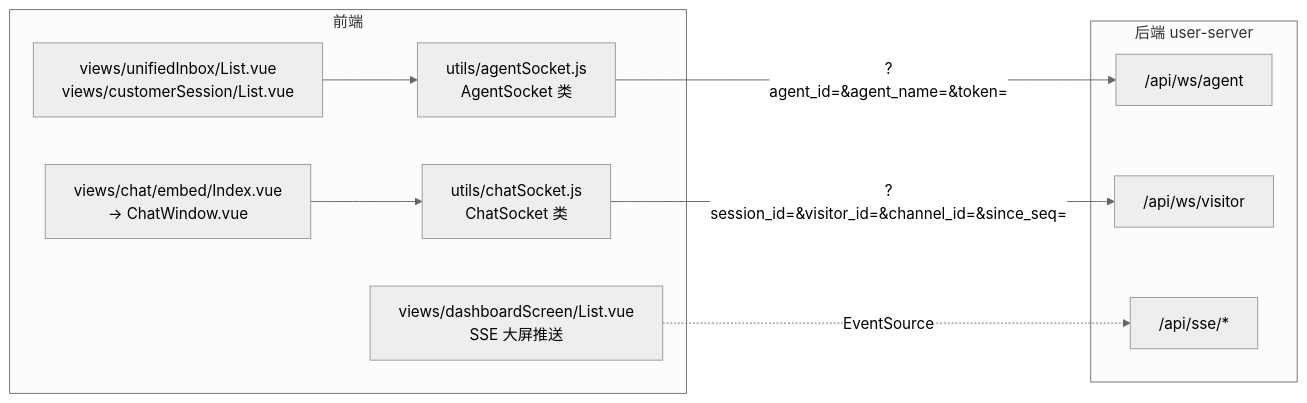
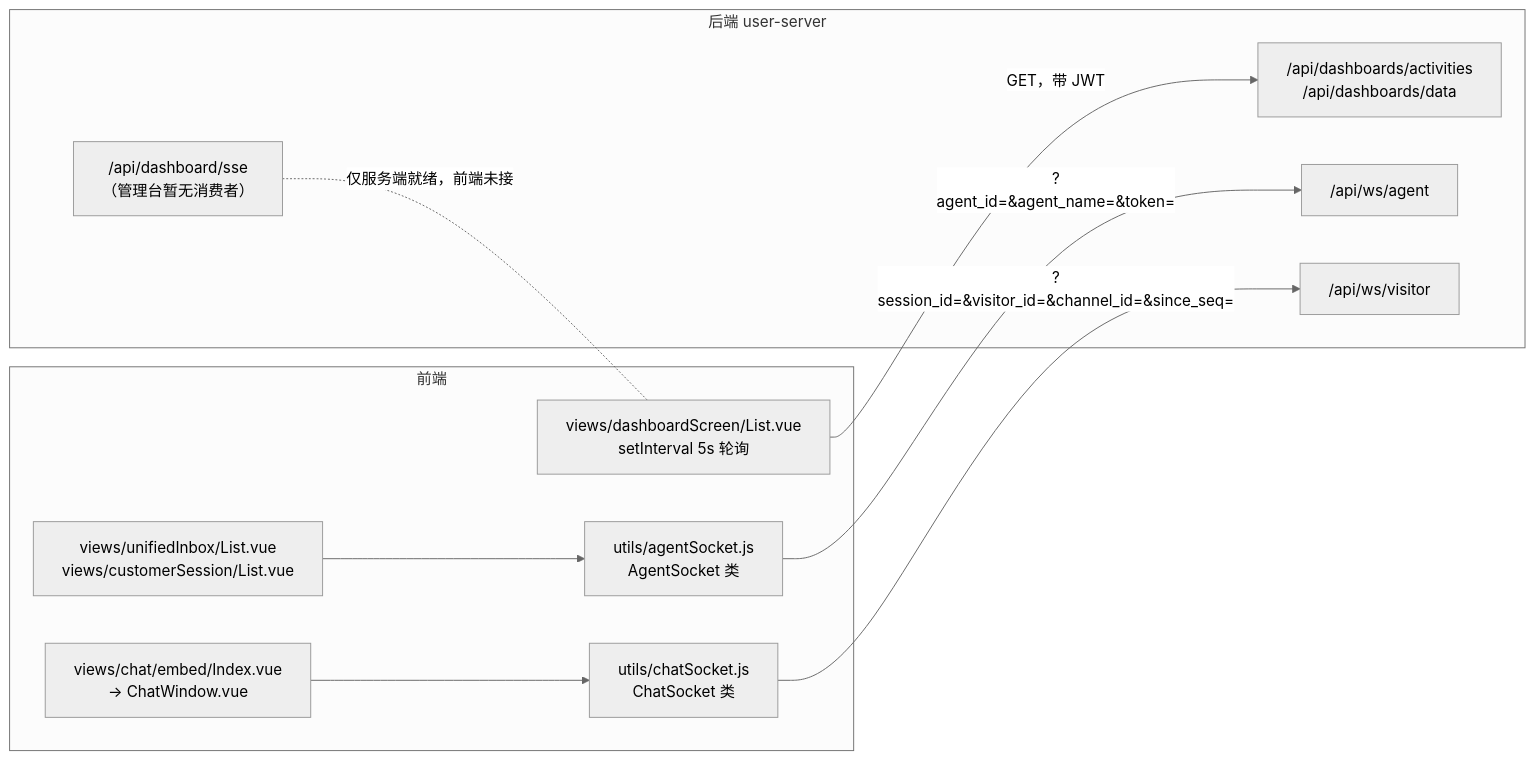
The sixth of 7 diagrams in user-web/docs/dev/ARCHITECTURE.md (Pan519/hivemtk), drawn with Mermaid (neutral theme) before and after one commit. The commit also changed other lines of this file and 267 other files, not shown here.

````diff
--- a/user-web/docs/dev/ARCHITECTURE.md
+++ b/user-web/docs/dev/ARCHITECTURE.md
@@ -365,22 +367,24 @@
 ```mermaid
 graph LR
     subgraph 前端
         AgentSocket["utils/agentSocket.js<br/>AgentSocket 类"]
         ChatSocket["utils/chatSocket.js<br/>ChatSocket 类"]
         ViewInbox["views/unifiedInbox/List.vue<br/>views/customerSession/List.vue"]
         ViewEmbed["views/chat/embed/Index.vue<br/>→ ChatWindow.vue"]
-        Dashboard["views/dashboardScreen/List.vue<br/>SSE 大屏推送"]
+        Dashboard["views/dashboardScreen/List.vue<br/>setInterval 5s 轮询"]
     end
 
     subgraph 后端 user-server
         WSAgent["/api/ws/agent"]
         WSVisitor["/api/ws/visitor"]
-        SSEHub["/api/sse/*"]
+        ScreenApi["/api/dashboards/activities<br/>/api/dashboards/data"]
+        SSEHub["/api/dashboard/sse<br/>（管理台暂无消费者）"]
     end
 
     ViewInbox --> AgentSocket
     AgentSocket -->|?agent_id=&agent_name=&token=| WSAgent
     ViewEmbed --> ChatSocket
     ChatSocket -->|?session_id=&visitor_id=&channel_id=&since_seq=| WSVisitor
-    Dashboard -.EventSource.-> SSEHub
+    Dashboard -->|GET，带 JWT| ScreenApi
+    SSEHub -.仅服务端就绪，前端未接.- Dashboard
 ```
````
